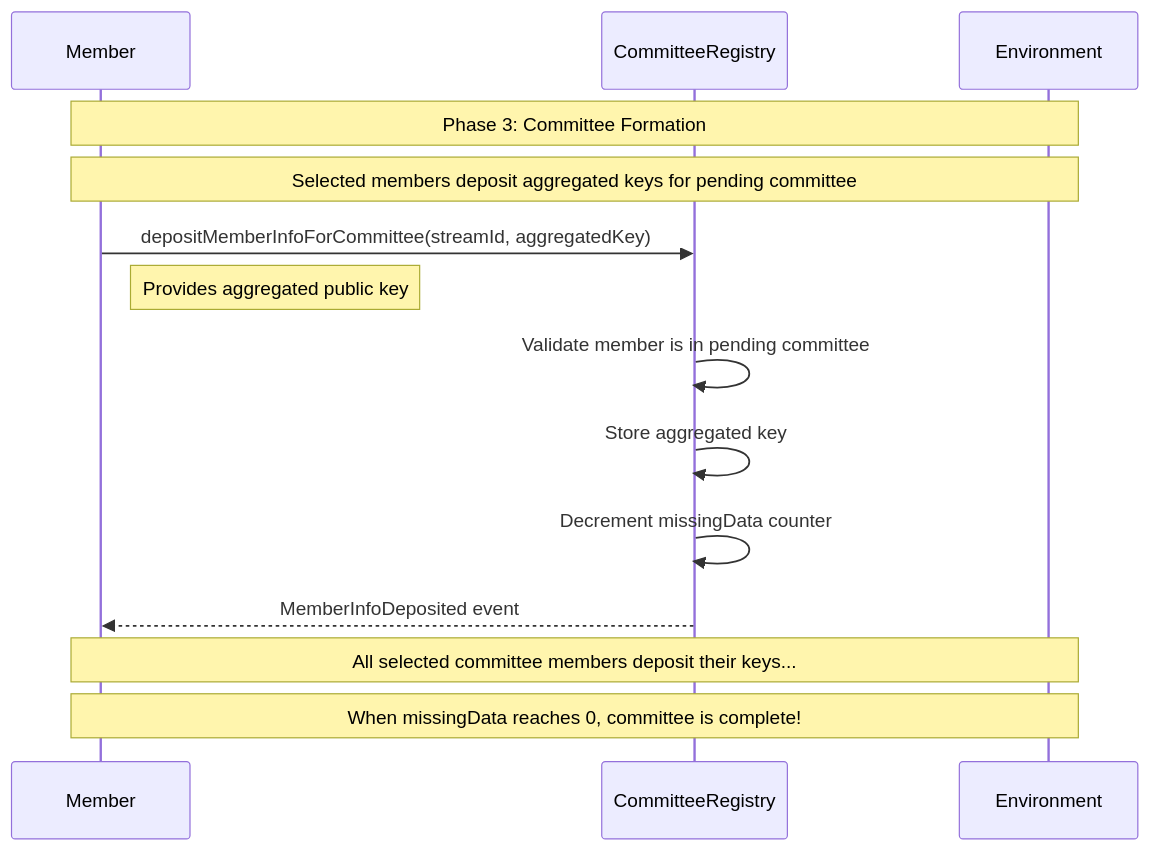
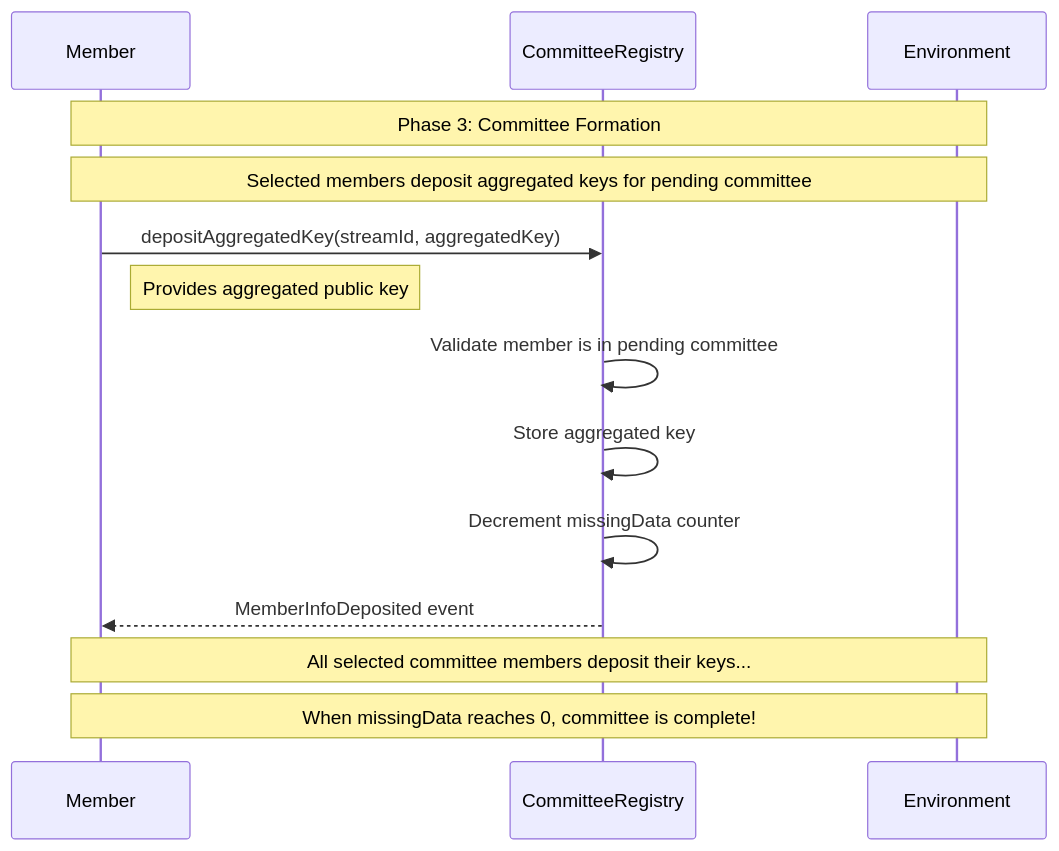
One commit to rsksmart/union-bridge-contracts changed the third of 11 diagrams in README.md. Above: the diagram before and after it, drawn with Mermaid. The commit also changed 14 other files, not shown here.

````diff
--- a/README.md
+++ b/README.md
@@ -98,19 +98,19 @@
 ```mermaid
 sequenceDiagram
     participant M as Member
     participant CR as CommitteeRegistry
     participant ENV as Environment
 
     Note over M,ENV: Phase 3: Committee Formation
     Note over M,ENV: Selected members deposit aggregated keys for pending committee
 
-    M->>CR: depositMemberInfoForCommittee(streamId, aggregatedKey)
+    M->>CR: depositAggregatedKey(streamId, aggregatedKey)
     Note right of M: Provides aggregated public key
     CR->>CR: Validate member is in pending committee
     CR->>CR: Store aggregated key
     CR->>CR: Decrement missingData counter
     CR-->>M: MemberInfoDeposited event
 
     Note over M,ENV: All selected committee members deposit their keys...
     Note over M,ENV: When missingData reaches 0, committee is complete!
 ```
````
